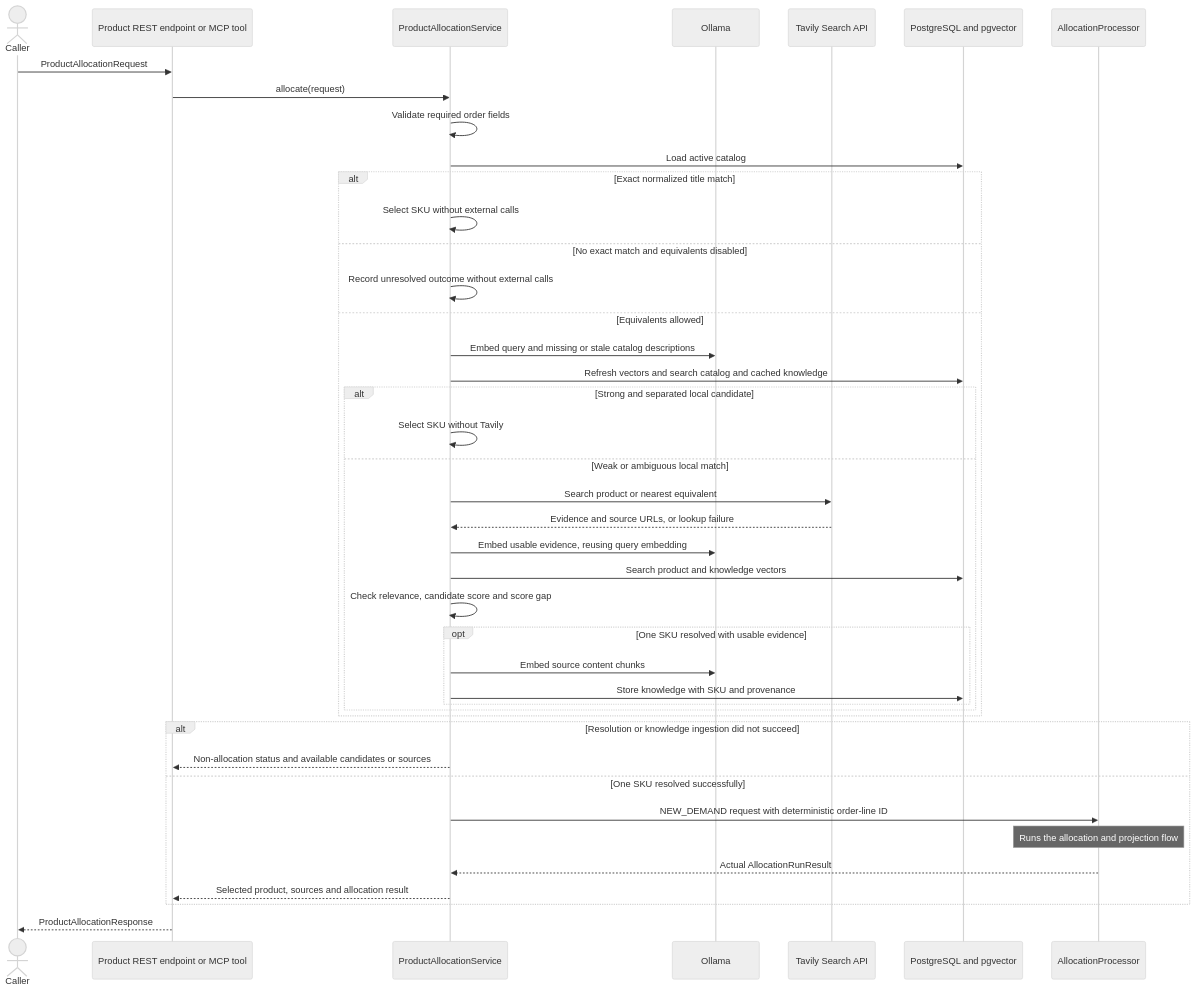
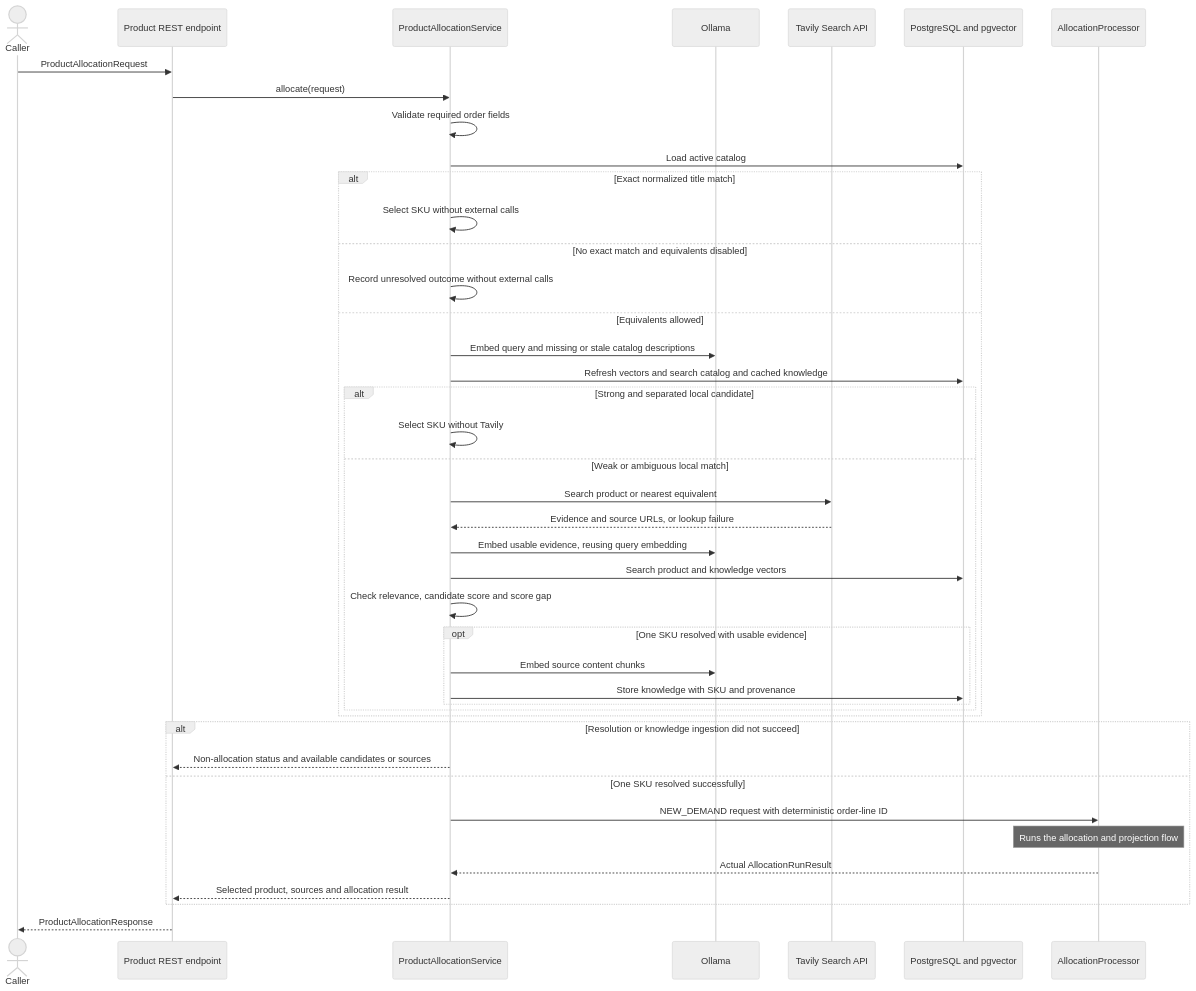
Before and after one commit to vriesjo/stockio: the sixth of 15 diagrams in .github/memory/architecture.md, drawn with Mermaid (neutral theme). The commit also changed other lines of this file and 30 other files, not shown here.

````diff
--- a/.github/memory/architecture.md
+++ b/.github/memory/architecture.md
@@ -580,45 +612,45 @@
 ```mermaid
 sequenceDiagram
     actor Caller
-    participant Adapter as Product REST endpoint or MCP tool
+    participant Adapter as Product REST endpoint
     participant Product as ProductAllocationService
     participant Ollama
     participant Tavily as Tavily Search API
     participant DB as PostgreSQL and pgvector
     participant Processing as AllocationProcessor
 
     Caller->>Adapter: ProductAllocationRequest
     Adapter->>Product: allocate(request)
     Product->>Product: Validate required order fields
     Product->>DB: Load active catalog
     alt Exact normalized title match
         Product->>Product: Select SKU without external calls
     else No exact match and equivalents disabled
         Product->>Product: Record unresolved outcome without external calls
     else Equivalents allowed
         Product->>Ollama: Embed query and missing or stale catalog descriptions
         Product->>DB: Refresh vectors and search catalog and cached knowledge
         alt Strong and separated local candidate
             Product->>Product: Select SKU without Tavily
         else Weak or ambiguous local match
             Product->>Tavily: Search product or nearest equivalent
             Tavily-->>Product: Evidence and source URLs, or lookup failure
             Product->>Ollama: Embed usable evidence, reusing query embedding
             Product->>DB: Search product and knowledge vectors
             Product->>Product: Check relevance, candidate score and score gap
             opt One SKU resolved with usable evidence
                 Product->>Ollama: Embed source content chunks
                 Product->>DB: Store knowledge with SKU and provenance
             end
         end
     end
     alt Resolution or knowledge ingestion did not succeed
         Product-->>Adapter: Non-allocation status and available candidates or sources
     else One SKU resolved successfully
         Product->>Processing: NEW_DEMAND request with deterministic order-line ID
         Note over Processing: Runs the allocation and projection flow
         Processing-->>Product: Actual AllocationRunResult
         Product-->>Adapter: Selected product, sources and allocation result
     end
     Adapter-->>Caller: ProductAllocationResponse
 ```
````
